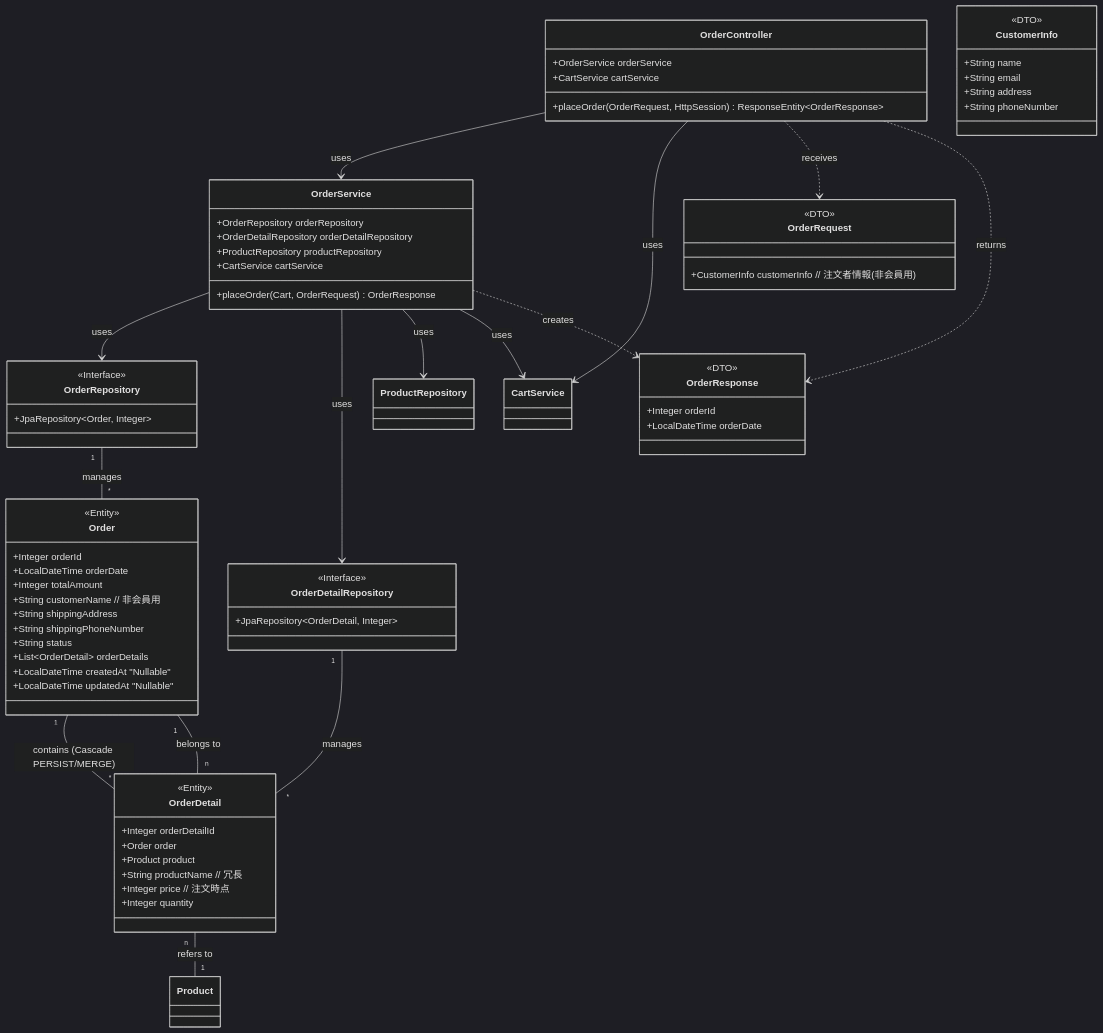
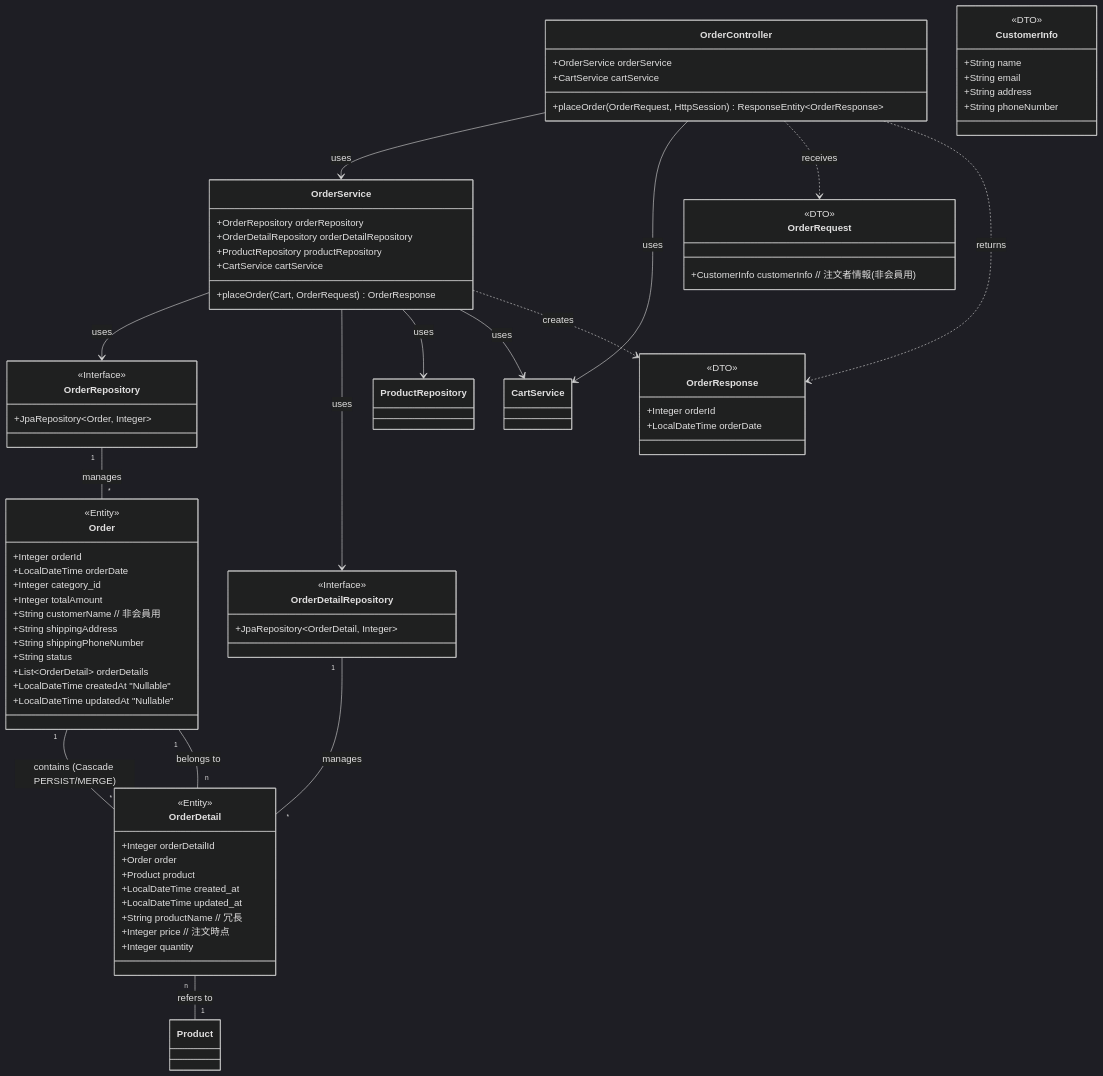
The tenth of 12 diagrams in 詳細設計書/詳細設計書.md (Rikumt12/Popcorn), drawn with Mermaid (dark theme) before and after one commit.

Commit message:
細部の修正

````diff
--- a/詳細設計書/詳細設計書.md
+++ b/詳細設計書/詳細設計書.md
@@ -476,77 +476,80 @@
 ```mermaid
 classDiagram
     class OrderController {
         +OrderService orderService
         +CartService cartService
         +placeOrder(OrderRequest, HttpSession) ResponseEntity~OrderResponse~
     }
     class OrderService {
         +OrderRepository orderRepository
         +OrderDetailRepository orderDetailRepository
         +ProductRepository productRepository
         +CartService cartService
         +placeOrder(Cart, OrderRequest) OrderResponse
     }
     class OrderRepository {
         <<Interface>>
         +JpaRepository~Order, Integer~
     }
      class OrderDetailRepository {
         <<Interface>>
         +JpaRepository~OrderDetail, Integer~
     }
     class Order {
         <<Entity>>
         +Integer orderId
         +LocalDateTime orderDate
+        +Integer category_id
         +Integer totalAmount
         +String customerName // 非会員用
         +String shippingAddress
         +String shippingPhoneNumber
         +String status
         +List~OrderDetail~ orderDetails
         +LocalDateTime createdAt "Nullable"
         +LocalDateTime updatedAt "Nullable"
     }
     class OrderDetail {
         <<Entity>>
         +Integer orderDetailId
         +Order order
         +Product product
+        +LocalDateTime created_at
+        +LocalDateTime updated_at
         +String productName // 冗長
         +Integer price // 注文時点
         +Integer quantity
     }
     class OrderRequest {
         <<DTO>>
         +CustomerInfo customerInfo // 注文者情報(非会員用)
     }
     class CustomerInfo{
          <<DTO>>
         +String name
         +String email
         +String address
         +String phoneNumber
     }
     class OrderResponse {
         <<DTO>>
         +Integer orderId
         +LocalDateTime orderDate
     }
 
     OrderController --> OrderService : uses
     OrderController --> CartService : uses
     OrderService --> OrderRepository : uses
     OrderService --> OrderDetailRepository : uses
     OrderService --> ProductRepository : uses
     OrderService --> CartService : uses
     OrderRepository "1" -- "*" Order : manages
     OrderDetailRepository "1" -- "*" OrderDetail : manages
     Order "1" -- "*" OrderDetail : contains (Cascade PERSIST/MERGE)
     OrderDetail "n" -- "1" Order : belongs to
     OrderDetail "n" -- "1" Product : refers to
 
     OrderController ..> OrderRequest : receives
     OrderController ..> OrderResponse : returns
     OrderService ..> OrderResponse : creates
 ```
````
